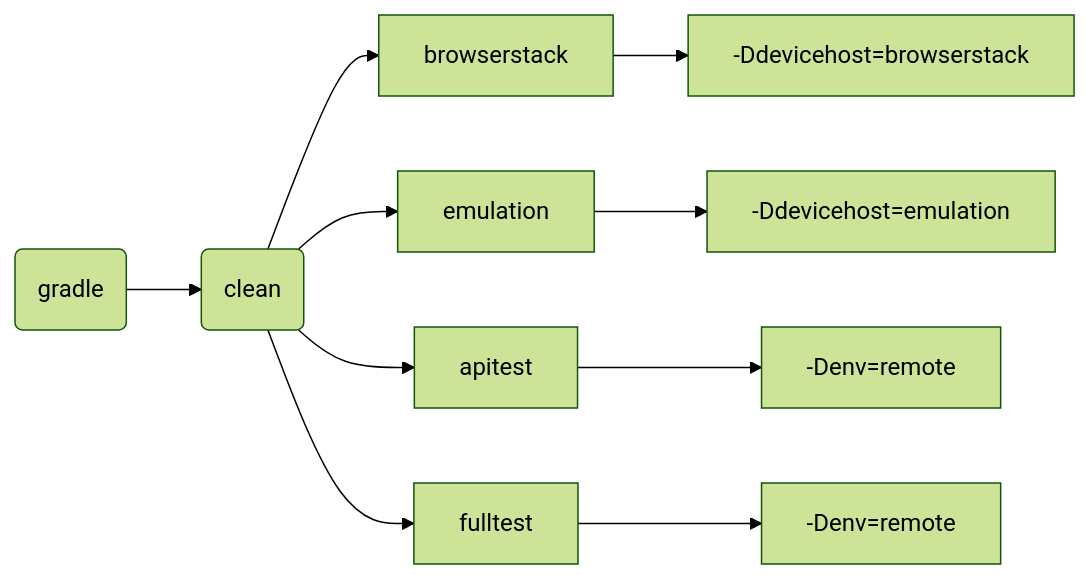
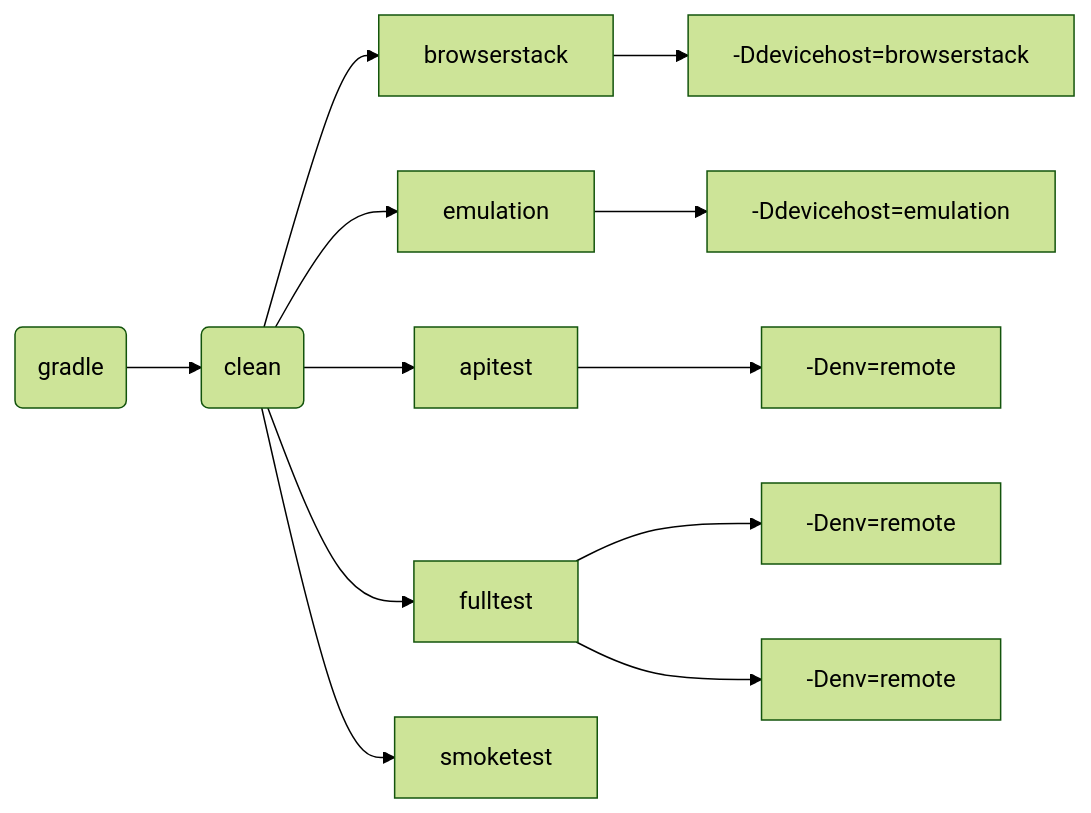
The diagram in README.md (Marina24112021/asialuxe.uz), drawn with Mermaid (forest theme) before and after one commit.

````diff
--- a/README.md
+++ b/README.md
@@ -86,12 +86,14 @@
 ```mermaid 
 flowchart LR
     A(gradle) --> B(clean)
     B --> C[browserstack]
     B --> D[emulation]
     B --> E[apitest]
     B --> F[fulltest]
-    C --> G[-Ddevicehost=browserstack]
-    D --> H[-Ddevicehost=emulation]
-    E --> I[-Denv=remote]
-    F --> J[-Denv=remote]
+    B --> G[smoketest]
+    C --> H[-Ddevicehost=browserstack]
+    D --> I[-Ddevicehost=emulation]
+    E --> J[-Denv=remote]
+    F --> K[-Denv=remote]
+    F --> L[-Denv=remote]
 ```
````
